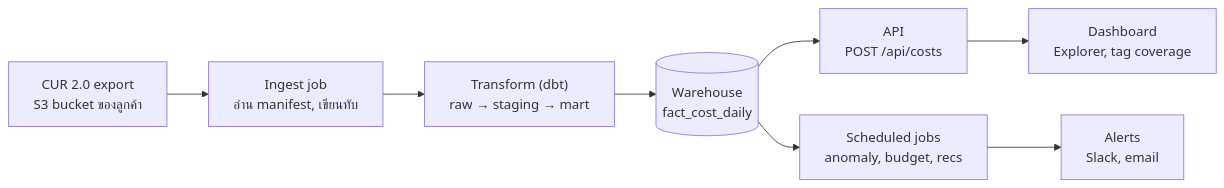
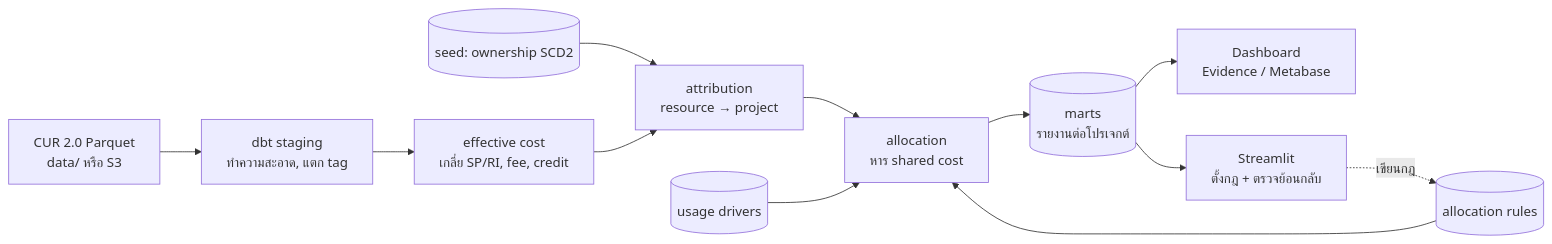
The diagram in docs/ROADMAP.md (KrisanaP/cloud-cost-mgmt), drawn with Mermaid before and after one commit. The commit also changed other lines of this file and 4 other files, not shown here.

First line of the commit message:
Roadmap v2: dbt-centric plan without API layer

````diff
--- a/docs/ROADMAP.md
+++ b/docs/ROADMAP.md
@@ -90,8 +22,14 @@
 ```mermaid
 flowchart LR
-    A["CUR 2.0 export<br/>S3 bucket ของลูกค้า"] --> B["Ingest job<br/>อ่าน manifest, เขียนทับ"]
-    B --> C["Transform (dbt)<br/>raw → staging → mart"]
-    C --> D[("Warehouse<br/>fact_cost_daily")]
-    D --> E["API<br/>POST /api/costs"] --> F["Dashboard<br/>Explorer, tag coverage"]
-    D --> G["Scheduled jobs<br/>anomaly, budget, recs"] --> H["Alerts<br/>Slack, email"]
+    A["CUR 2.0 Parquet<br/>data/ หรือ S3"] --> B["dbt staging<br/>ทำความสะอาด, แตก tag"]
+    B --> C["effective cost<br/>เกลี่ย SP/RI, fee, credit"]
+    S1[("seed: ownership SCD2")] --> D
+    C --> D["attribution<br/>resource → project"]
+    D --> E["allocation<br/>หาร shared cost"]
+    S2[("allocation rules")] --> E
+    S3[("usage drivers")] --> E
+    E --> F[("marts<br/>รายงานต่อโปรเจกต์")]
+    F --> G["Dashboard<br/>Evidence / Metabase"]
+    F --> H["Streamlit<br/>ตั้งกฎ + ตรวจย้อนกลับ"]
+    H -. เขียนกฎ .-> S2
 ```
````
